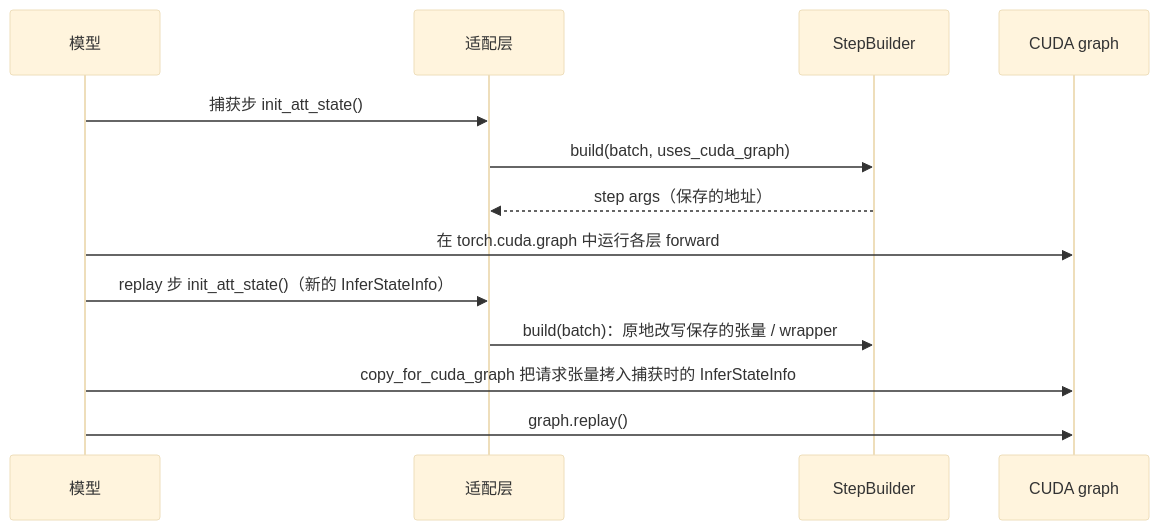
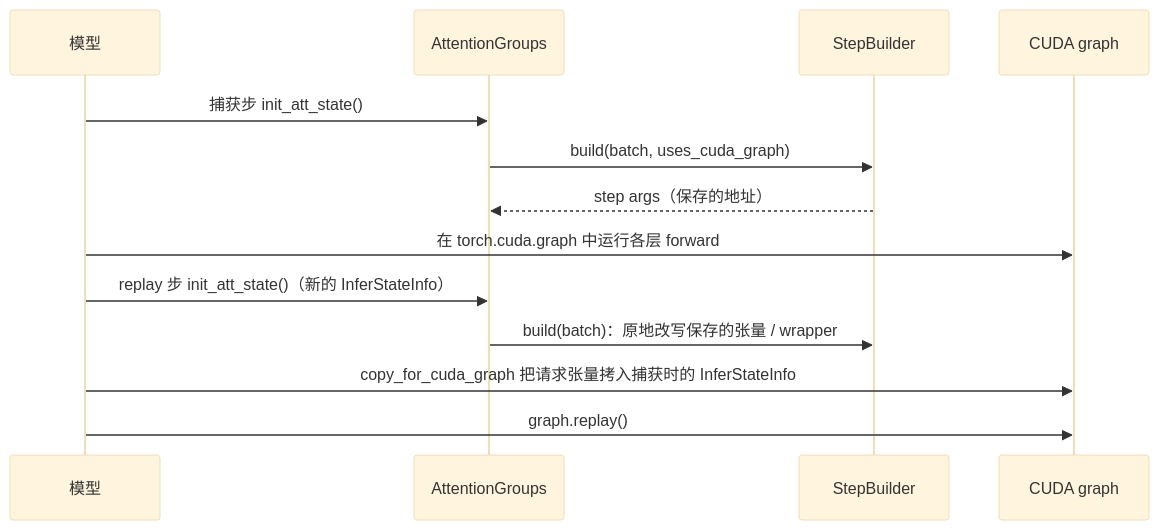
One commit to ModelTC/LightLLM changed the second of 2 diagrams in docs/CN/source/framework/attention_backend_design.md. Above: the diagram before and after it, drawn with Mermaid (base theme). The commit also changed other lines of this file and 103 other files, not shown here.

````diff
--- a/docs/CN/source/framework/attention_backend_design.md
+++ b/docs/CN/source/framework/attention_backend_design.md
@@ -126,15 +203,15 @@
 ```mermaid
 sequenceDiagram
     participant M as 模型
-    participant A as 适配层
+    participant A as AttentionGroups
     participant B as StepBuilder
     participant G as CUDA graph
     M->>A: 捕获步 init_att_state()
     A->>B: build(batch, uses_cuda_graph)
     B-->>A: step args（保存的地址）
     M->>G: 在 torch.cuda.graph 中运行各层 forward
     M->>A: replay 步 init_att_state()（新的 InferStateInfo）
     A->>B: build(batch)：原地改写保存的张量 / wrapper
     M->>G: copy_for_cuda_graph 把请求张量拷入捕获时的 InferStateInfo
     M->>G: graph.replay()
 ```
````
